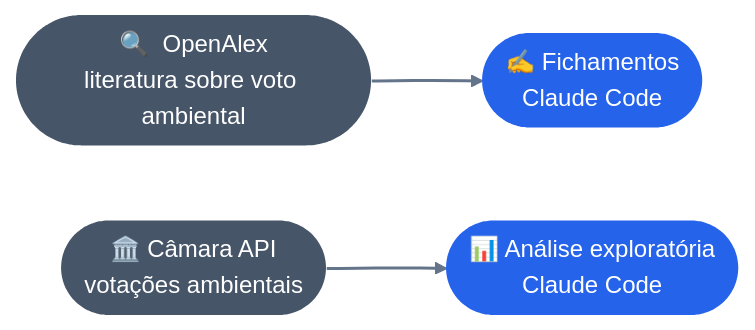
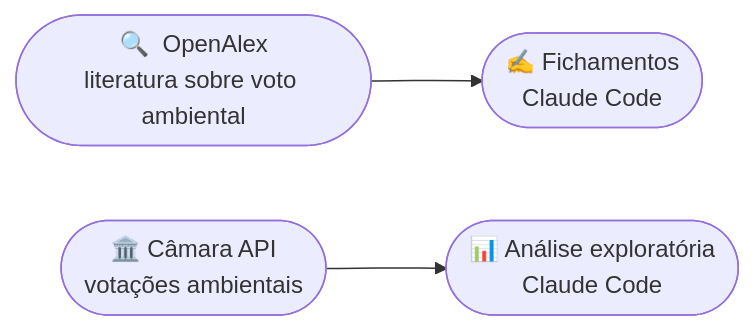
One commit to felipelmc/Presentations changed the second of 2 diagrams in AgentesIA-FMMAPE-2026/slides.qmd. Above: the diagram before and after it, drawn with Mermaid. The commit also changed other lines of this file and 419 other files, not shown here.

````diff
--- a/AgentesIA-FMMAPE-2026/slides.qmd
+++ b/AgentesIA-FMMAPE-2026/slides.qmd
@@ -458,12 +415,9 @@
 ```{mermaid}
 %%| fig-width: 9
 flowchart LR
   A(["🔍  OpenAlex<br/>literatura sobre voto ambiental"]) --> C(["✍️  Fichamentos<br/>Claude Code"])
   B(["🏛️  Câmara API<br/>votações ambientais"]) --> D(["📊  Análise exploratória<br/>Claude Code"])
 
-  style A fill:#475569,color:white,stroke:none
-  style B fill:#475569,color:white,stroke:none
-  style C fill:#2563eb,color:white,stroke:none
-  style D fill:#2563eb,color:white,stroke:none
-  linkStyle default stroke:#64748b,stroke-width:2px
+  class A,B apoio
+  class C,D destaque
 ```
````
